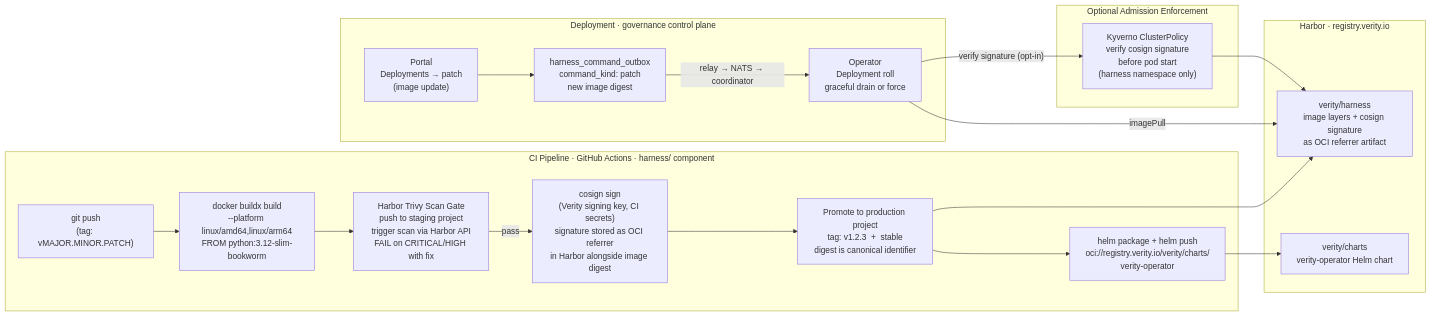
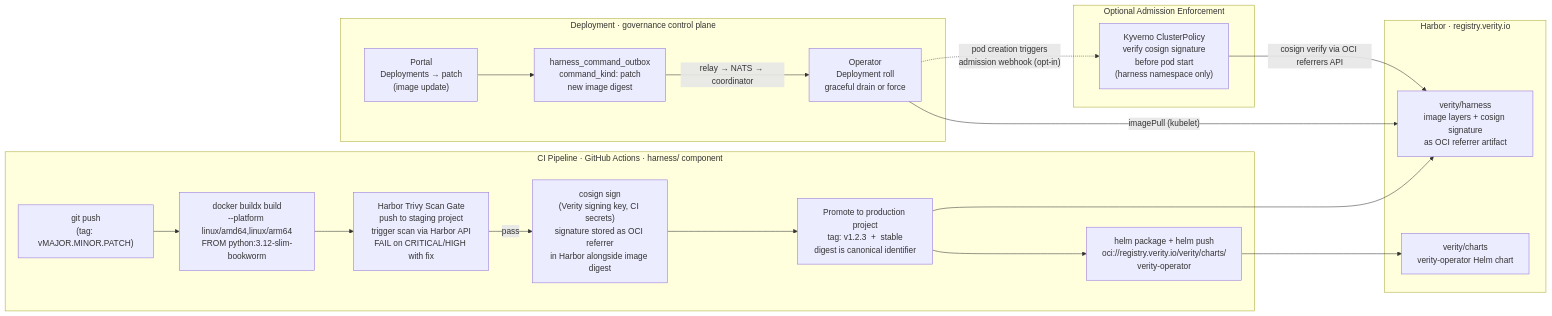
Before and after one commit to anilvenugopal/verity: diagram 13 of 13 in specs/architecture/technical-architecture-deck.md, drawn with Mermaid. The commit also changed other lines of this file, not shown here.

````diff
--- a/specs/architecture/technical-architecture-deck.md
+++ b/specs/architecture/technical-architecture-deck.md
@@ -948,40 +951,40 @@
 ```mermaid
 graph LR
     subgraph CI ["CI Pipeline  ·  GitHub Actions  ·  harness/ component"]
         GIT["git push\n(tag: vMAJOR.MINOR.PATCH)"]
         BUILD["docker buildx build\n--platform linux/amd64,linux/arm64\nFROM python:3.12-slim-bookworm"]
         SCAN["Harbor Trivy Scan Gate\npush to staging project\ntrigger scan via Harbor API\nFAIL on CRITICAL/HIGH with fix"]
         SIGN["cosign sign\n(Verity signing key, CI secrets)\nsignature stored as OCI referrer\nin Harbor alongside image digest"]
         PROMOTE["Promote to production project\ntag: v1.2.3  +  stable\ndigest is canonical identifier"]
         CHART["helm package + helm push\noci://registry.verity.io/verity/charts/\nverity-operator"]
     end
 
     subgraph HARBOR_STORE ["Harbor  ·  registry.verity.io"]
         IMG_STORE["verity/harness\nimage layers + cosign signature\nas OCI referrer artifact"]
         CHT_STORE["verity/charts\nverity-operator Helm chart"]
     end
 
     subgraph DEPLOYMENT ["Deployment  ·  governance control plane"]
         PORTAL_D["Portal\nDeployments → patch\n(image update)"]
         CMD["harness_command_outbox\ncommand_kind: patch\nnew image digest"]
         OP_ROLL["Operator\nDeployment roll\ngraceful drain or force"]
     end
 
     subgraph ADMISSION ["Optional Admission Enforcement"]
         KYVERNO["Kyverno ClusterPolicy\nverify cosign signature\nbefore pod start\n(harness namespace only)"]
     end
 
     GIT --> BUILD
     BUILD --> SCAN
     SCAN -->|"pass"| SIGN
     SIGN --> PROMOTE
     PROMOTE --> CHART
     PROMOTE --> IMG_STORE
     CHART --> CHT_STORE
 
     PORTAL_D --> CMD
     CMD -->|"relay → NATS → coordinator"| OP_ROLL
-    OP_ROLL -->|"imagePull"| IMG_STORE
-    OP_ROLL -->|"verify signature (opt-in)"| KYVERNO
-    KYVERNO --> IMG_STORE
+    OP_ROLL -->|"imagePull (kubelet)"| IMG_STORE
+    OP_ROLL -.->|"pod creation triggers\nadmission webhook (opt-in)"| KYVERNO
+    KYVERNO -->|"cosign verify via OCI referrers API"| IMG_STORE
 ```
````
